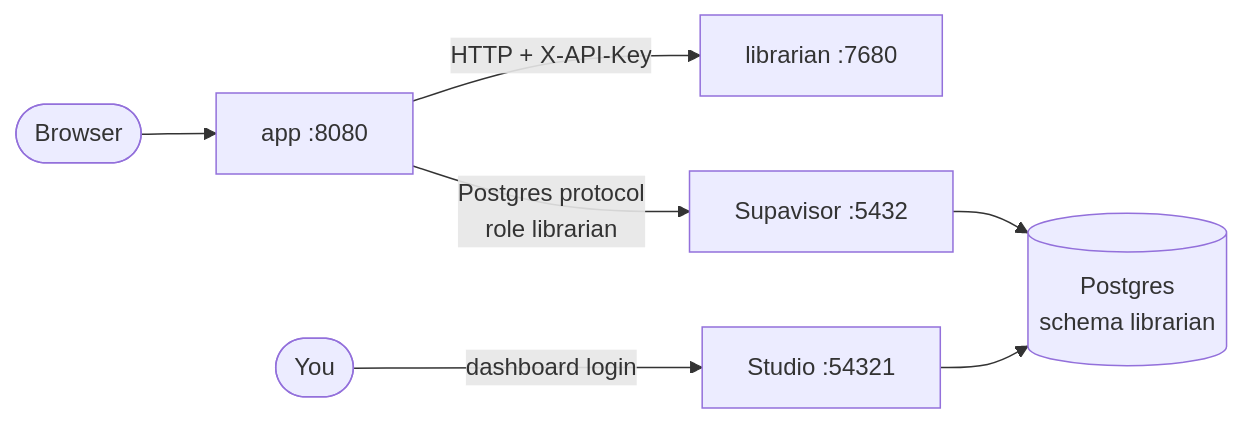
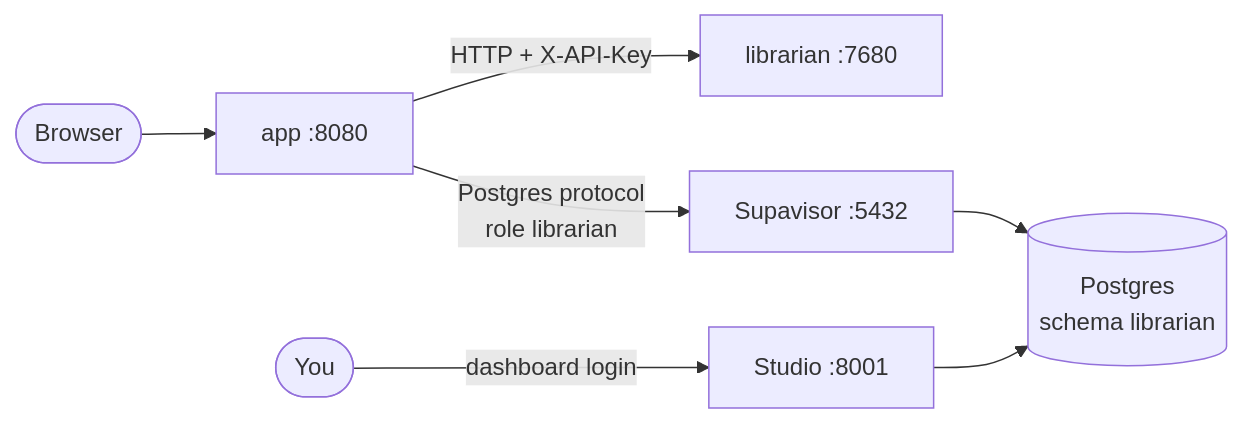
The diagram in README.md (pharmbio/librarian-serve), drawn with Mermaid before and after one commit. The commit also changed other lines of this file and 3 other files, not shown here.

````diff
--- a/README.md
+++ b/README.md
@@ -15,12 +15,12 @@
 ```mermaid
 flowchart LR
     accTitle: Where the data lives
     accDescr: The browser talks to app. app calls librarian over HTTP, and connects to Supabase's Postgres through its connection pooler. You manage the data in Supabase Studio.
 
     browser(["Browser"]) --> app["app :8080"]
     app -->|"HTTP + X-API-Key"| librarian["librarian :7680"]
     app -->|"Postgres protocol<br/>role librarian"| pooler["Supavisor :5432"]
     pooler --> postgres[("Postgres<br/>schema librarian")]
-    you(["You"]) -->|"dashboard login"| studio["Studio :54321"]
+    you(["You"]) -->|"dashboard login"| studio["Studio :8001"]
     studio --> postgres
 ```
````
